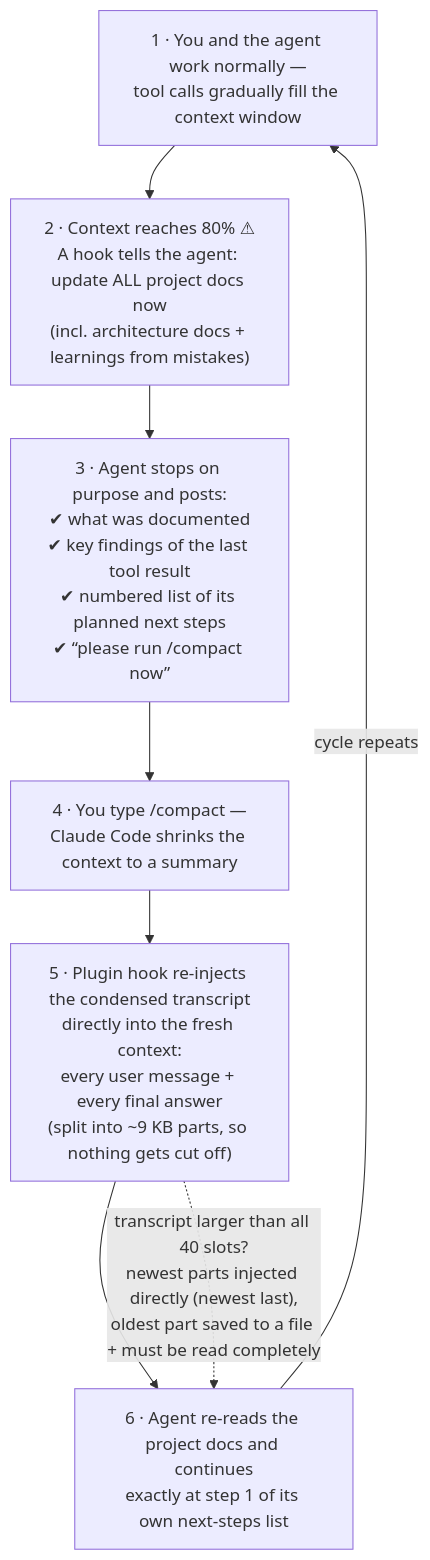
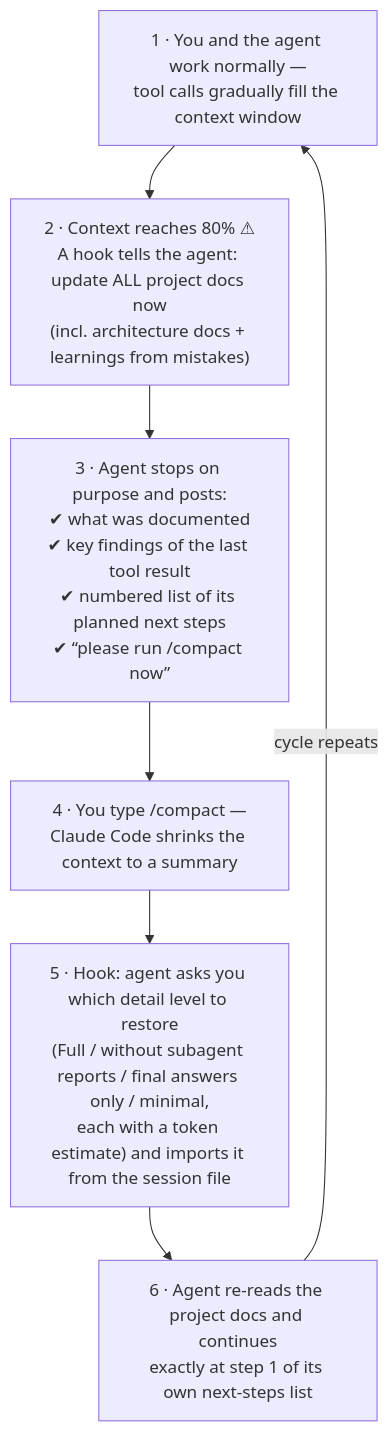
One commit to hafnera/context-cycle changed the diagram in README.md. Above: the diagram before and after it, drawn with Mermaid. The commit also changed other lines of this file and 1 other file, not shown here.

Commit message:
Docs: full rewrite for the current state (sources, structure, levels, hooks, tests)

````diff
--- a/README.md
+++ b/README.md
@@ -13,13 +18,12 @@
 ```mermaid
 flowchart TD
     A["1 · You and the agent work normally —<br/>tool calls gradually fill the context window"]
     B["2 · Context reaches 80% ⚠<br/>A hook tells the agent: update ALL project docs now<br/>(incl. architecture docs + learnings from mistakes)"]
     C["3 · Agent stops on purpose and posts:<br/>✔ what was documented<br/>✔ key findings of the last tool result<br/>✔ numbered list of its planned next steps<br/>✔ “please run /compact now”"]
     D["4 · You type /compact —<br/>Claude Code shrinks the context to a summary"]
-    E["5 · Plugin hook re-injects the condensed transcript<br/>directly into the fresh context:<br/>every user message + every final answer<br/>(split into ~9 KB parts, so nothing gets cut off)"]
+    E["5 · Hook: agent asks you which detail level to restore<br/>(Full / without subagent reports / final answers only / minimal,<br/>each with a token estimate) and imports it from the session file"]
     F["6 · Agent re-reads the project docs and continues<br/>exactly at step 1 of its own next-steps list"]
 
     A --> B --> C --> D --> E --> F
     F -->|"cycle repeats"| A
-    E -.->|"transcript larger than all 40 slots?<br/>newest parts injected directly (newest last),<br/>oldest part saved to a file + must be read completely"| F
 ```
````
